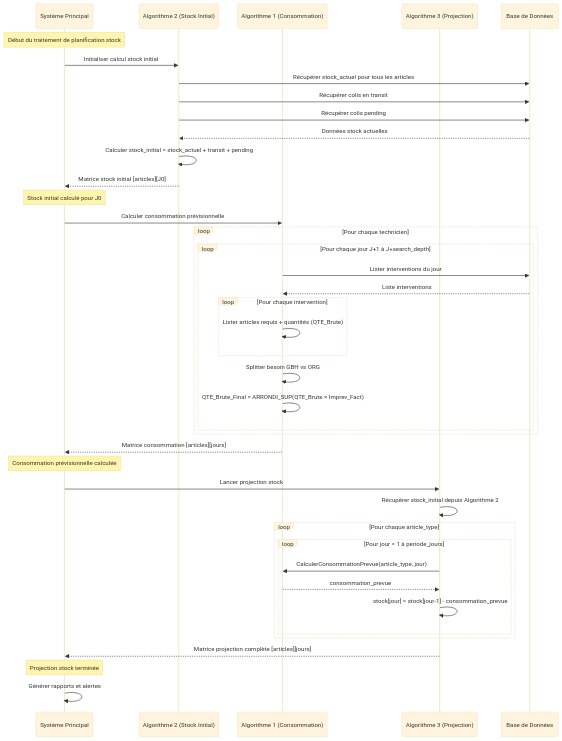
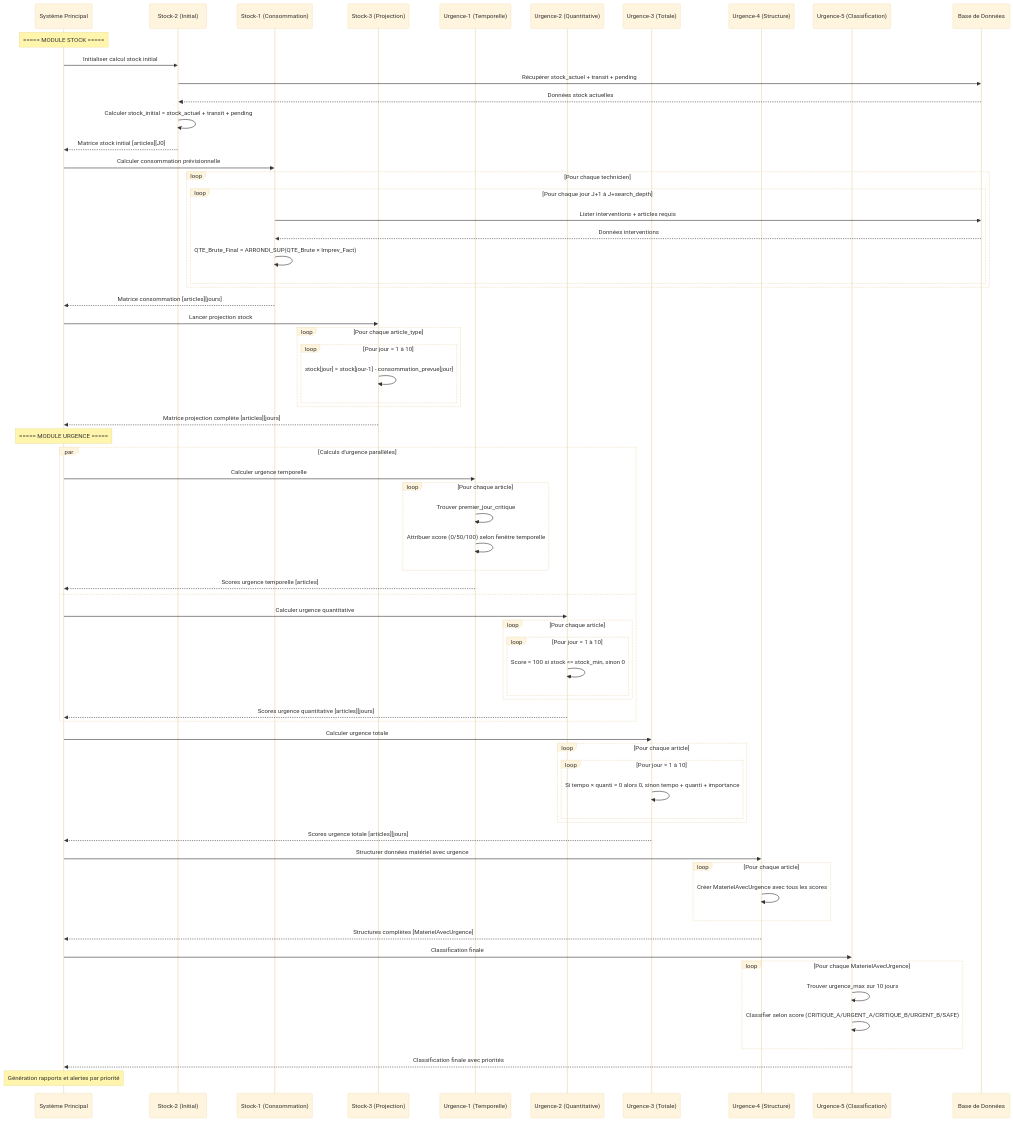
Before and after one commit to Singularity-Institute/PTL-r-appro-: the diagram in sequencement_algorithmes_stock.md, drawn with Mermaid (base theme). The commit also changed other lines of this file, not shown here.

````diff
--- a/sequencement_algorithmes_stock.md
+++ b/sequencement_algorithmes_stock.md
@@ -27,51 +48,81 @@
 ```mermaid
 sequenceDiagram
     participant SYS as Système Principal
-    participant ALG2 as Algorithme 2 (Stock Initial)
-    participant ALG1 as Algorithme 1 (Consommation)
-    participant ALG3 as Algorithme 3 (Projection)
+    participant ST2 as Stock-2 (Initial)
+    participant ST1 as Stock-1 (Consommation) 
+    participant ST3 as Stock-3 (Projection)
+    participant UR1 as Urgence-1 (Temporelle)
+    participant UR2 as Urgence-2 (Quantitative)
+    participant UR3 as Urgence-3 (Totale)
+    participant UR4 as Urgence-4 (Structure)
+    participant UR5 as Urgence-5 (Classification)
     participant DB as Base de Données
     
-    Note over SYS: Début du traitement de planification stock
+    Note over SYS: ===== MODULE STOCK =====
     
-    SYS->>ALG2: Initialiser calcul stock initial
-    ALG2->>DB: Récupérer stock_actuel pour tous les articles
-    ALG2->>DB: Récupérer colis en transit
-    ALG2->>DB: Récupérer colis pending
-    DB-->>ALG2: Données stock actuelles
-    ALG2->>ALG2: Calculer stock_initial = stock_actuel + transit + pending
-    ALG2-->>SYS: Matrice stock initial [articles][J0]
+    SYS->>ST2: Initialiser calcul stock initial
+    ST2->>DB: Récupérer stock_actuel + transit + pending
+    DB-->>ST2: Données stock actuelles
+    ST2->>ST2: Calculer stock_initial = stock_actuel + transit + pending
+    ST2-->>SYS: Matrice stock initial [articles][J0]
     
-    Note over SYS: Stock initial calculé pour J0
-    
-    SYS->>ALG1: Calculer consommation prévisionnelle
+    SYS->>ST1: Calculer consommation prévisionnelle
     loop Pour chaque technicien
         loop Pour chaque jour J+1 à J+search_depth
-            ALG1->>DB: Lister interventions du jour
-            DB-->>ALG1: Liste interventions
-            loop Pour chaque intervention
-                ALG1->>ALG1: Lister articles requis + quantités (QTE_Brute)
-            end
-            ALG1->>ALG1: Splitter besoin GBH vs ORG
-            ALG1->>ALG1: QTE_Brute_Final = ARRONDI_SUP(QTE_Brute × Imprev_Fact)
+            ST1->>DB: Lister interventions + articles requis
+            DB-->>ST1: Données interventions
+            ST1->>ST1: QTE_Brute_Final = ARRONDI_SUP(QTE_Brute × Imprev_Fact)
         end
     end
-    ALG1-->>SYS: Matrice consommation [articles][jours]
+    ST1-->>SYS: Matrice consommation [articles][jours]
     
-    Note over SYS: Consommation prévisionnelle calculée
-    
-    SYS->>ALG3: Lancer projection stock
-    ALG3->>ALG3: Récupérer stock_initial depuis Algorithme 2
+    SYS->>ST3: Lancer projection stock
     loop Pour chaque article_type
-        loop Pour jour = 1 à periode_jours
-            ALG3->>ALG1: CalculerConsommationPrevue(article_type, jour)
-            ALG1-->>ALG3: consommation_prevue
-            ALG3->>ALG3: stock[jour] = stock[jour-1] - consommation_prevue
+        loop Pour jour = 1 à 10
+            ST3->>ST3: stock[jour] = stock[jour-1] - consommation_prevue[jour]
         end
     end
-    ALG3-->>SYS: Matrice projection complète [articles][jours]
+    ST3-->>SYS: Matrice projection complète [articles][jours]
     
-    Note over SYS: Projection stock terminée
+    Note over SYS: ===== MODULE URGENCE =====
     
-    SYS->>SYS: Générer rapports et alertes
+    par Calculs d'urgence parallèles
+        SYS->>UR1: Calculer urgence temporelle
+        loop Pour chaque article
+            UR1->>UR1: Trouver premier_jour_critique
+            UR1->>UR1: Attribuer score (0/50/100) selon fenêtre temporelle
+        end
+        UR1-->>SYS: Scores urgence temporelle [articles]
+    and
+        SYS->>UR2: Calculer urgence quantitative  
+        loop Pour chaque article
+            loop Pour jour = 1 à 10
+                UR2->>UR2: Score = 100 si stock <= stock_min, sinon 0
+            end
+        end
+        UR2-->>SYS: Scores urgence quantitative [articles][jours]
+    end
+    
+    SYS->>UR3: Calculer urgence totale
+    loop Pour chaque article
+        loop Pour jour = 1 à 10
+            UR3->>UR3: Si tempo × quanti = 0 alors 0, sinon tempo + quanti + importance
+        end
+    end
+    UR3-->>SYS: Scores urgence totale [articles][jours]
+    
+    SYS->>UR4: Structurer données matériel avec urgence
+    loop Pour chaque article
+        UR4->>UR4: Créer MaterielAvecUrgence avec tous les scores
+    end
+    UR4-->>SYS: Structures complètes [MaterielAvecUrgence]
+    
+    SYS->>UR5: Classification finale
+    loop Pour chaque MaterielAvecUrgence
+        UR5->>UR5: Trouver urgence_max sur 10 jours
+        UR5->>UR5: Classifier selon score (CRITIQUE_A/URGENT_A/CRITIQUE_B/URGENT_B/SAFE)
+    end
+    UR5-->>SYS: Classification finale avec priorités
+    
+    Note over SYS: Génération rapports et alertes par priorité
 ```
````
